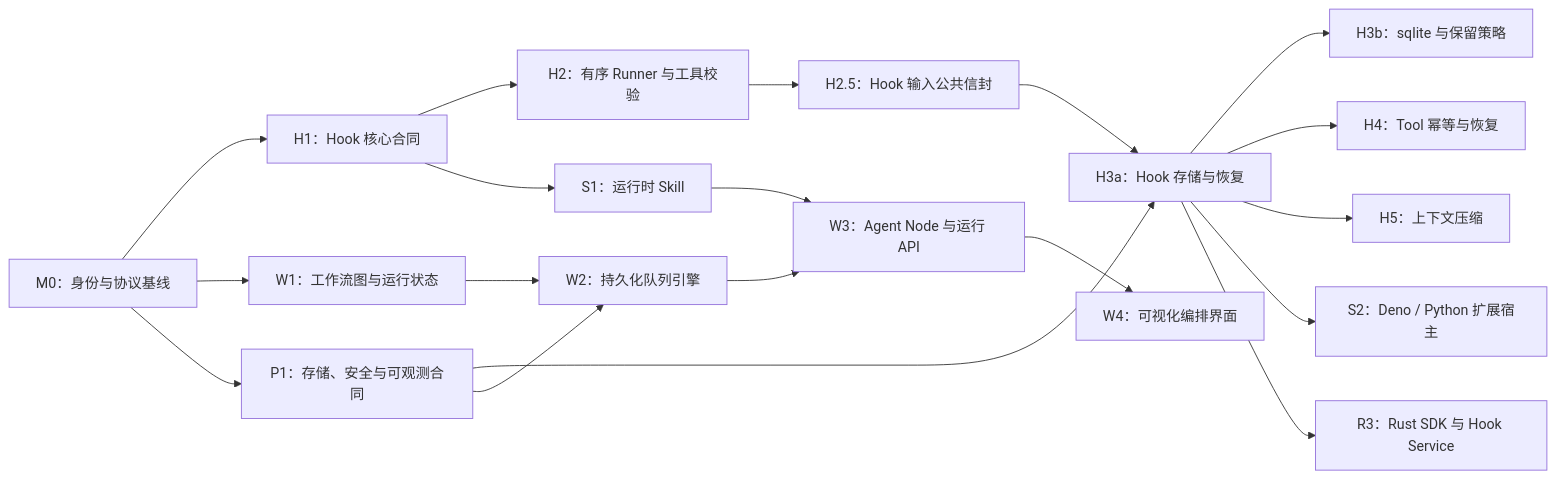
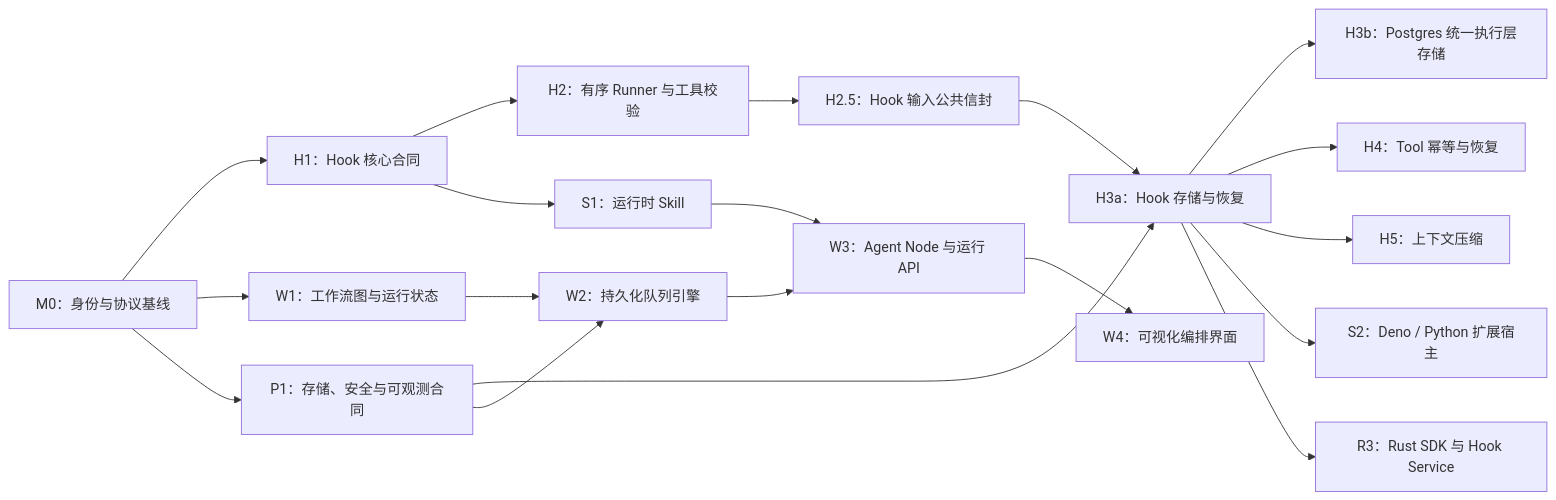
Before and after one commit to time-gift24/stratum: the diagram in TODO.md, drawn with Mermaid. The commit also changed other lines of this file and 32 other files, not shown here.

````diff
--- a/TODO.md
+++ b/TODO.md
@@ -21,24 +21,24 @@
 ```mermaid
 flowchart LR
     M0["M0：身份与协议基线"] --> H1["H1：Hook 核心合同"]
     H1 --> H2["H2：有序 Runner 与工具校验"]
     H2 --> H25["H2.5：Hook 输入公共信封"]
     H25 --> H3["H3a：Hook 存储与恢复"]
-    H3 --> H3B["H3b：sqlite 与保留策略"]
+    H3 --> H3B["H3b：Postgres 统一执行层存储"]
     H3 --> H4["H4：Tool 幂等与恢复"]
     H3 --> H5["H5：上下文压缩"]
     H3 --> S2["S2：Deno / Python 扩展宿主"]
     H3 --> R3["R3：Rust SDK 与 Hook Service"]
 
     M0 --> W1["W1：工作流图与运行状态"]
     W1 --> W2["W2：持久化队列引擎"]
     W2 --> W3["W3：Agent Node 与运行 API"]
     W3 --> W4["W4：可视化编排界面"]
 
     H1 --> S1["S1：运行时 Skill"]
     S1 --> W3
 
     M0 --> P1["P1：存储、安全与可观测合同"]
     P1 --> H3
     P1 --> W2
 ```
````
